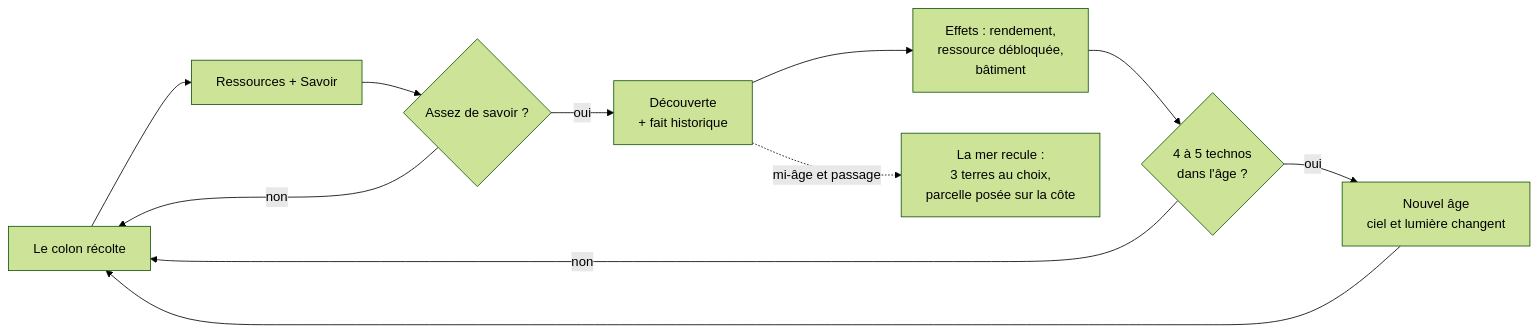
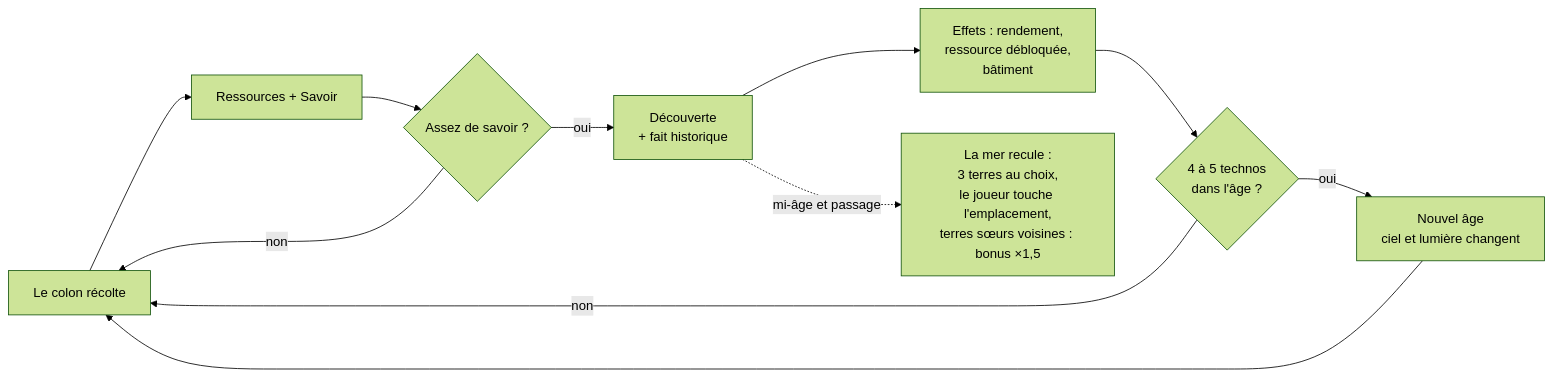
Before and after one commit to Wifsimster/tribu: the first of 3 diagrams in README.md, drawn with Mermaid (forest theme). The commit also changed other lines of this file and 2 other files, not shown here.

````diff
--- a/README.md
+++ b/README.md
@@ -46,13 +46,13 @@
 ```mermaid
 flowchart LR
     A[Le colon récolte] --> B[Ressources + Savoir]
     B --> C{Assez de savoir ?}
     C -- non --> A
     C -- oui --> D[Découverte<br/>+ fait historique]
     D --> E[Effets : rendement,<br/>ressource débloquée,<br/>bâtiment]
-    D -. mi-âge et passage .-> L[La mer recule :<br/>3 terres au choix,<br/>parcelle posée sur la côte]
+    D -. mi-âge et passage .-> L[La mer recule :<br/>3 terres au choix,<br/>le joueur touche l'emplacement,<br/>terres sœurs voisines : bonus ×1,5]
     E --> F{4 à 5 technos<br/>dans l'âge ?}
     F -- non --> A
     F -- oui --> G[Nouvel âge<br/>ciel et lumière changent]
     G --> A
 ```
````
